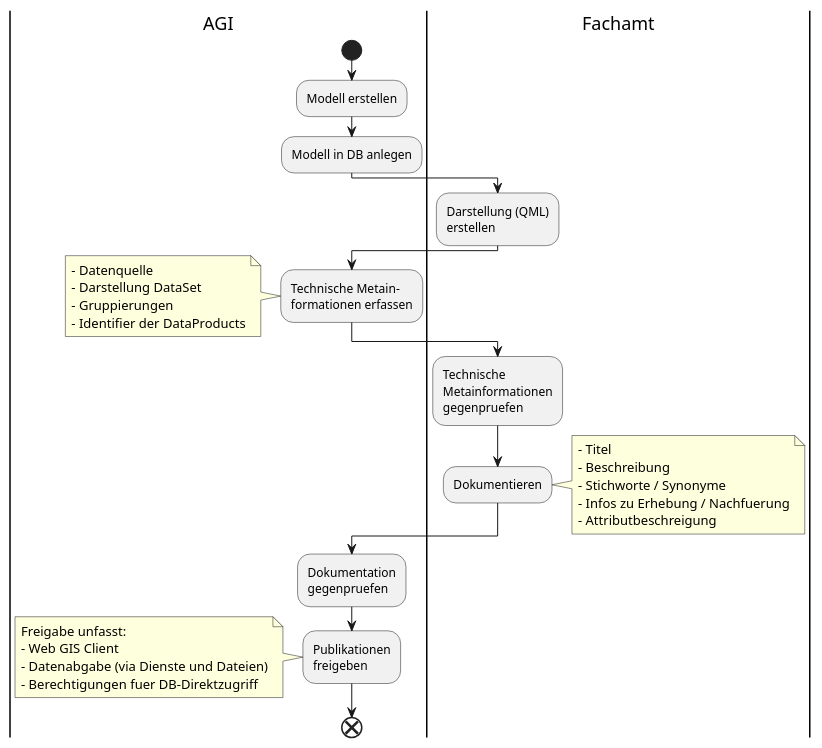
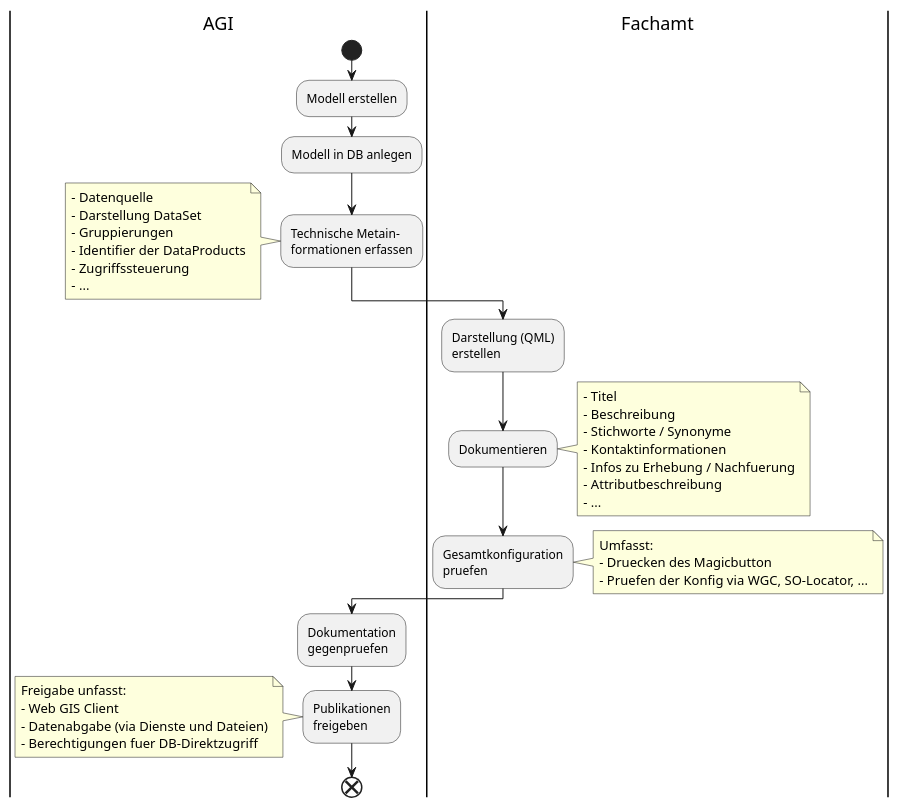
The diagram in puml/src/ablauf_neu.puml (simi-so/mm), drawn with PlantUML before and after one commit. The commit also changed 2 other files, not shown here.

```diff
--- a/puml/src/ablauf_neu.puml
+++ b/puml/src/ablauf_neu.puml
@@ -1,54 +1,61 @@
 @startuml
 |AGI|
 start
 
 :Modell erstellen;
 
 :Modell in DB anlegen;
 
-|Fachamt|
-:Darstellung (QML)
-erstellen;
-
-|AGI|
 :Technische Metain-
 formationen erfassen;
 
 note left
 - Datenquelle
 - Darstellung DataSet
 - Gruppierungen
 - Identifier der DataProducts
+- Zugriffssteuerung
+- ...
 end note
 
 |Fachamt|
-:Technische
-Metainformationen
-gegenpruefen;
+:Darstellung (QML)
+erstellen;
 
 :Dokumentieren;
 
 note right
 - Titel
 - Beschreibung
 - Stichworte / Synonyme
+- Kontaktinformationen
 - Infos zu Erhebung / Nachfuerung
-- Attributbeschreigung
+- Attributbeschreibung
+- ...
+end note
+
+:Gesamtkonfiguration
+pruefen;
+
+note right
+Umfasst:
+- Druecken des Magicbutton
+- Pruefen der Konfig via WGC, SO-Locator, ...
 end note
 
 |AGI|
 :Dokumentation
 gegenpruefen;
 
 :Publikationen
 freigeben;
 
 note left
 Freigabe unfasst:
 - Web GIS Client
 - Datenabgabe (via Dienste und Dateien)
 - Berechtigungen fuer DB-Direktzugriff
 end note
 
 end
 @enduml
```
